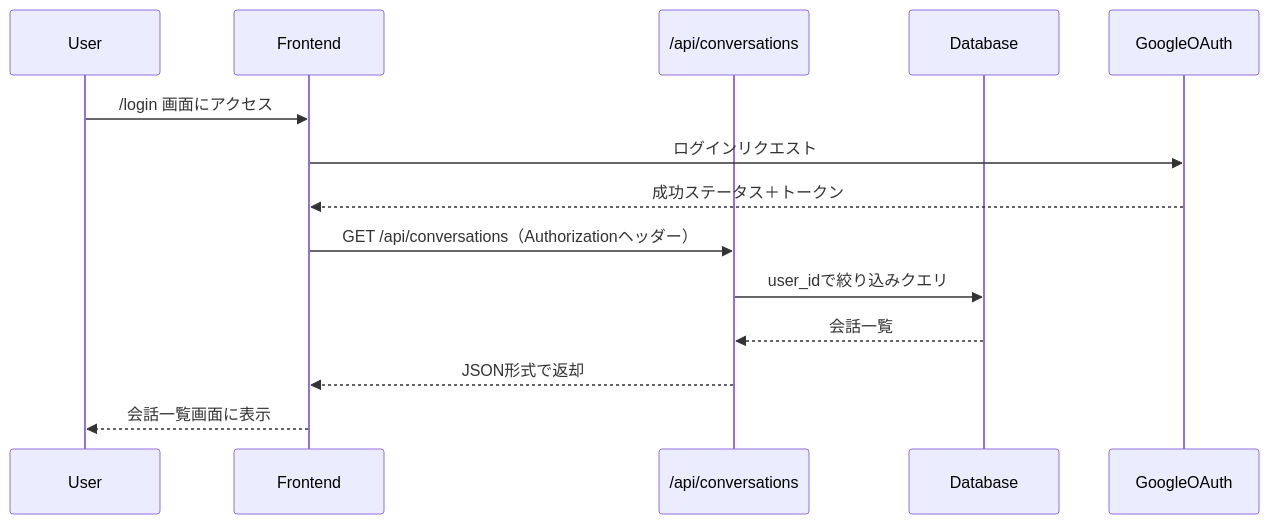
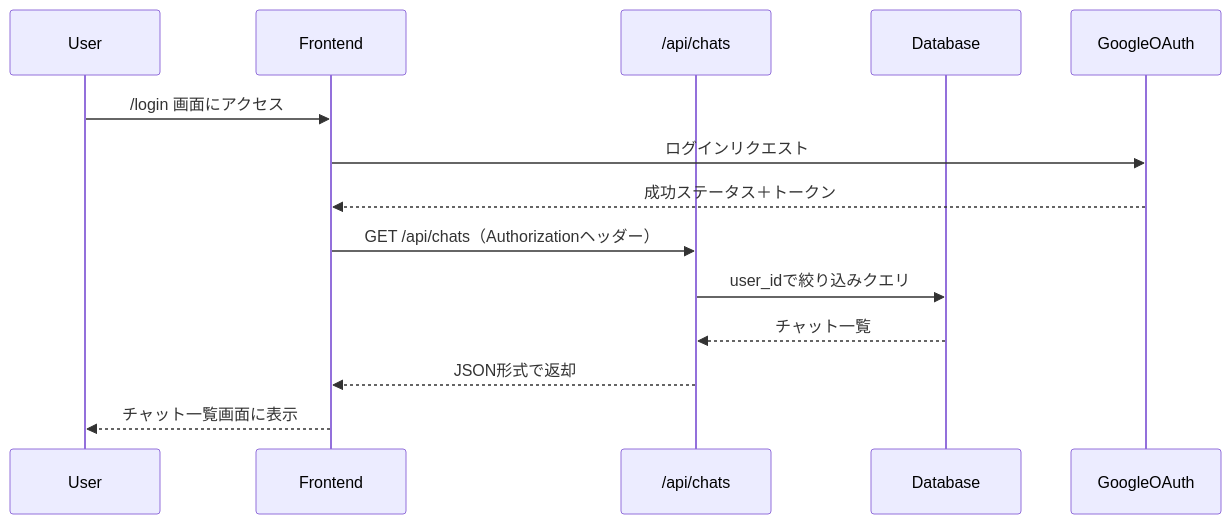
One commit to Yosh1ki/branch-chatai changed the third of 4 diagrams in specforhuman/flows.md. Above: the diagram before and after it, drawn with Mermaid. The commit also changed other lines of this file and 21 other files, not shown here.

````diff
--- a/specforhuman/flows.md
+++ b/specforhuman/flows.md
@@ -61,16 +61,16 @@
 ```mermaid
 sequenceDiagram
   participant U as User
   participant FE as Frontend
-  participant API as /api/conversations
+  participant API as /api/chats
   participant DB as Database
 
   U->>FE: /login 画面にアクセス
   FE->>GoogleOAuth: ログインリクエスト
   GoogleOAuth-->>FE: 成功ステータス＋トークン
-  FE->>API: GET /api/conversations（Authorizationヘッダー）
+  FE->>API: GET /api/chats（Authorizationヘッダー）
   API->>DB: user_idで絞り込みクエリ
-  DB-->>API: 会話一覧
+  DB-->>API: チャット一覧
   API-->>FE: JSON形式で返却
-  FE-->>U: 会話一覧画面に表示
+  FE-->>U: チャット一覧画面に表示
 ```
````
